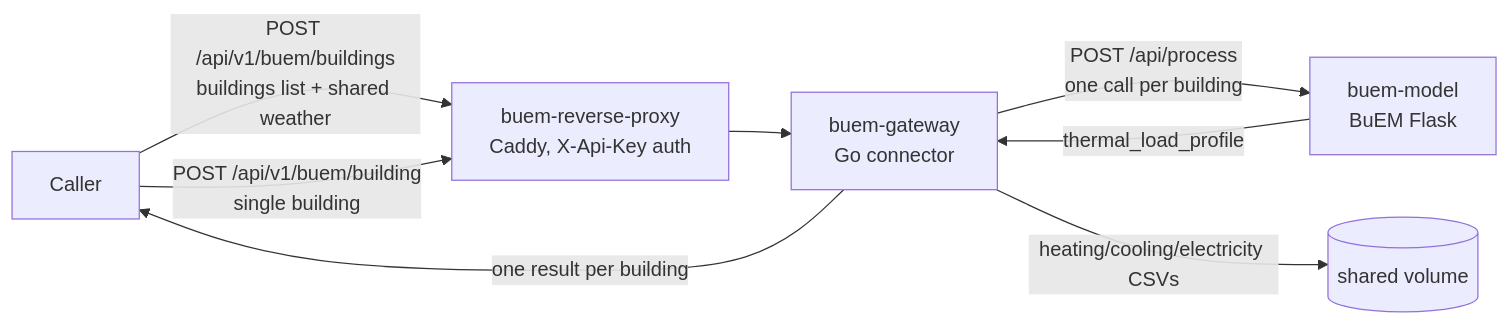
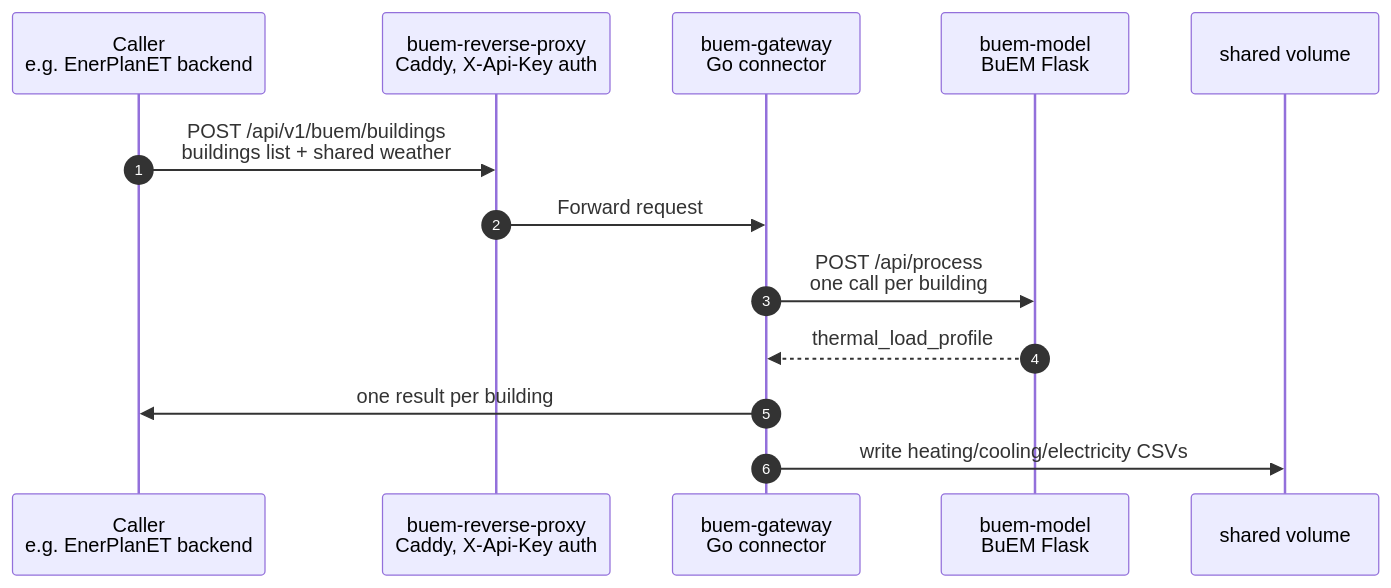
One commit to enerplanet/buem-gateway changed the diagram in README.md. Above: the diagram before and after it, drawn with Mermaid. The commit also changed other lines of this file, not shown here.

Commit message:
docs: update README with sequence diagram and clarify request structure

````diff
--- a/README.md
+++ b/README.md
@@ -24,10 +26,16 @@
 ```mermaid
-graph LR
-    CALLER[Caller] -->|POST /api/v1/buem/buildings<br>buildings list + shared weather| PROXY[buem-reverse-proxy<br>Caddy, X-Api-Key auth]
-    CALLER -->|POST /api/v1/buem/building<br>single building| PROXY
-    PROXY --> APP[buem-gateway<br>Go connector]
-    APP -->|POST /api/process<br>one call per building| MODEL[buem-model<br>BuEM Flask]
-    MODEL -->|thermal_load_profile| APP
-    APP -->|one result per building| CALLER
-    APP -->|heating/cooling/electricity CSVs| VOL[(shared volume)]
+sequenceDiagram
+    autonumber
+    participant Caller as Caller<br/>e.g. EnerPlanET backend
+    participant Proxy as buem-reverse-proxy<br/>Caddy, X-Api-Key auth
+    participant App as buem-gateway<br/>Go connector
+    participant Model as buem-model<br/>BuEM Flask
+    participant Vol as shared volume
+
+    Caller->>Proxy: POST /api/v1/buem/buildings<br/>buildings list + shared weather
+    Proxy->>App: Forward request
+    App->>Model: POST /api/process<br/>one call per building
+    Model-->>App: thermal_load_profile
+    App->>Caller: one result per building
+    App->>Vol: write heating/cooling/electricity CSVs
 ```
````
